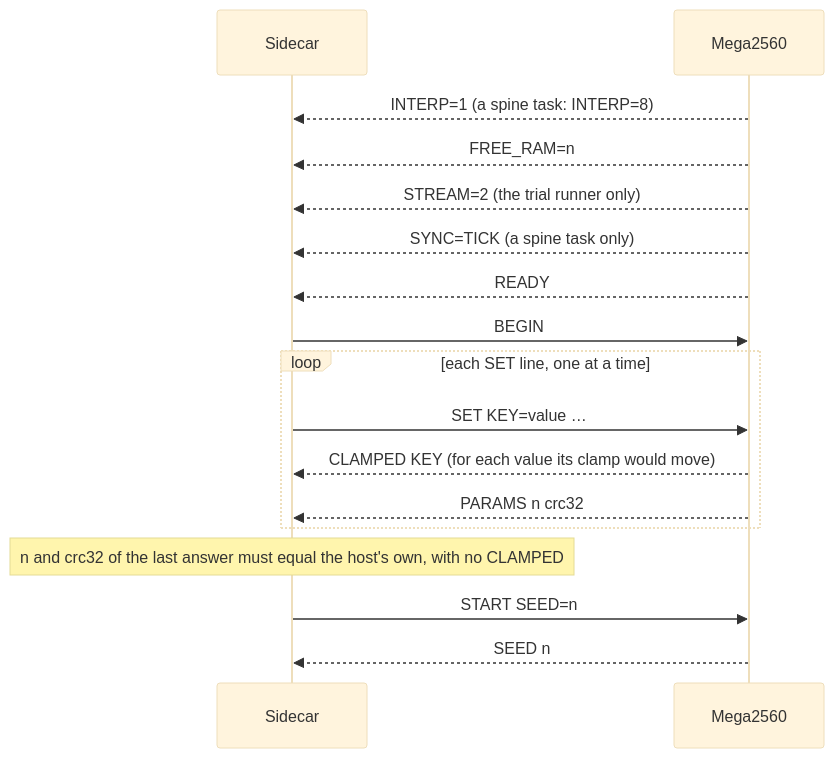
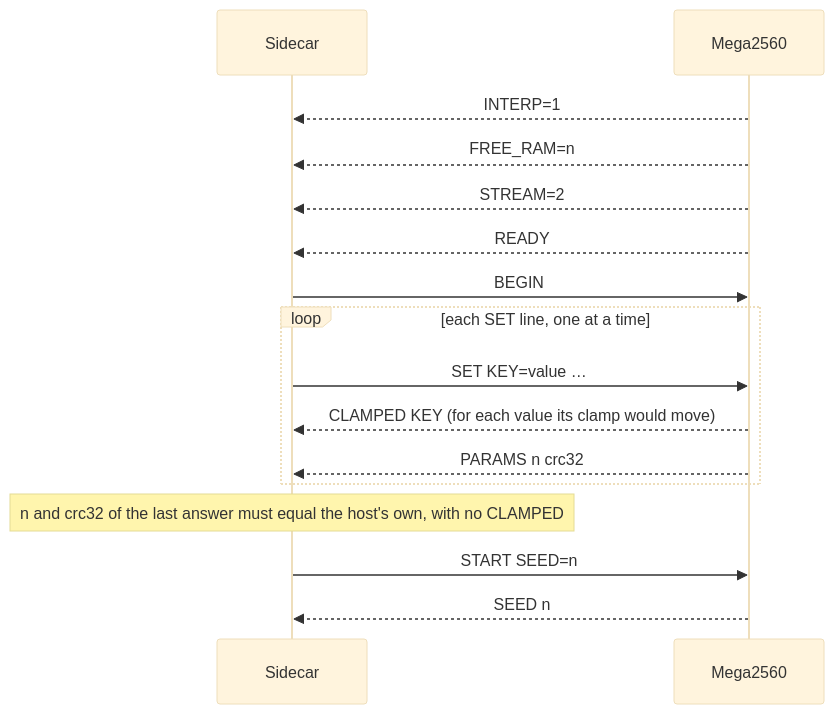
Before and after one commit to Chase-NJ/Ephymeris: the sixth of 7 diagrams in docs/TASKS.md, drawn with Mermaid (base theme). The commit also changed other lines of this file and 242 other files, not shown here.

````diff
--- a/docs/TASKS.md
+++ b/docs/TASKS.md
@@ -435,19 +376,18 @@
 ```mermaid
 sequenceDiagram
     participant Host as Sidecar
     participant Board as Mega2560
-    Board-->>Host: INTERP=1 (a spine task: INTERP=8)
+    Board-->>Host: INTERP=1
     Board-->>Host: FREE_RAM=n
-    Board-->>Host: STREAM=2 (the trial runner only)
-    Board-->>Host: SYNC=TICK (a spine task only)
+    Board-->>Host: STREAM=2
     Board-->>Host: READY
     Host->>Board: BEGIN
     loop each SET line, one at a time
         Host->>Board: SET KEY=value …
         Board-->>Host: CLAMPED KEY (for each value its clamp would move)
         Board-->>Host: PARAMS n crc32
     end
     Note over Host: n and crc32 of the last answer must equal the host's own, with no CLAMPED
     Host->>Board: START SEED=n
     Board-->>Host: SEED n
 ```
````
